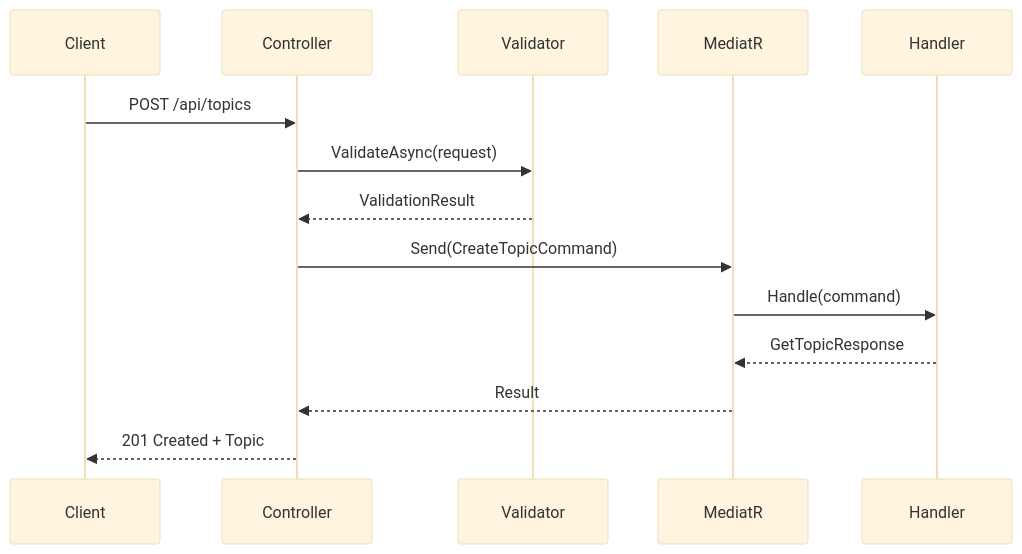
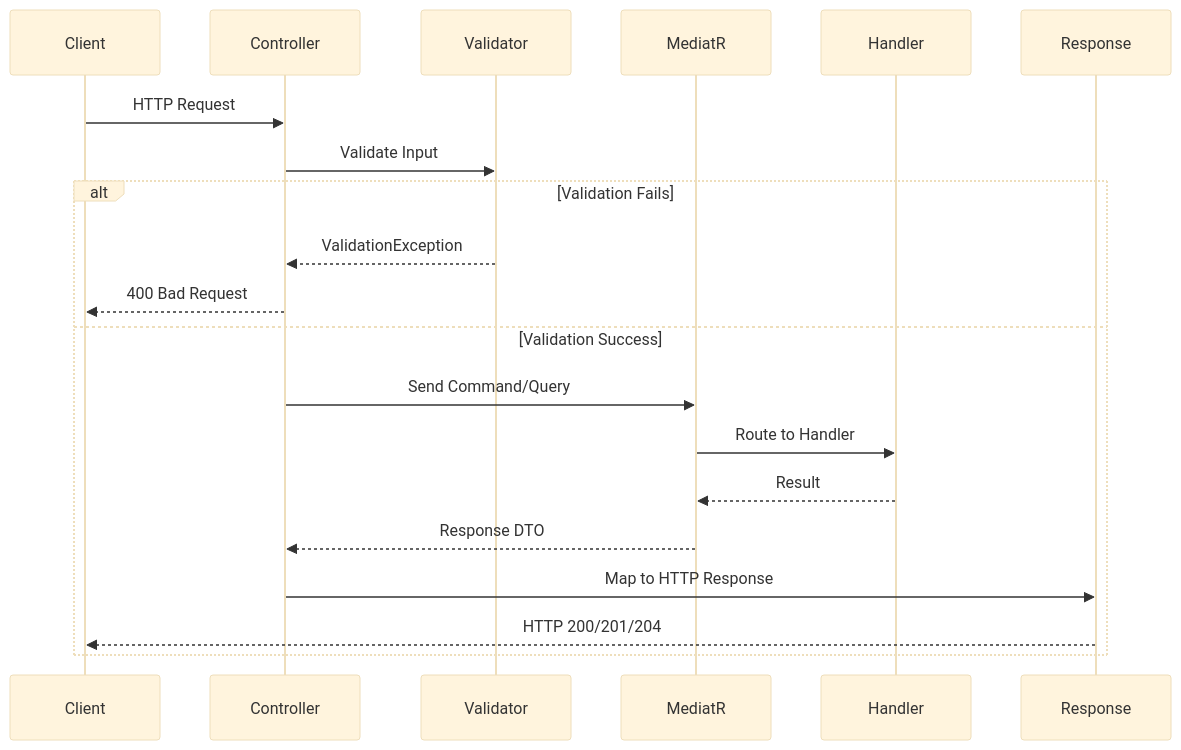
One commit to nirmand/Wisgenix-AI changed the second of 13 diagrams in docs/low-level-design.md. Above: the diagram before and after it, drawn with Mermaid (base theme). The commit also changed other lines of this file and 3 other files, not shown here.

````diff
--- a/docs/low-level-design.md
+++ b/docs/low-level-design.md
@@ -50,17 +44,23 @@
 ```mermaid
 sequenceDiagram
     participant Client
     participant Controller
     participant Validator
     participant MediatR
     participant Handler
+    participant Response
     
-    Client->>Controller: POST /api/topics
-    Controller->>Validator: ValidateAsync(request)
-    Validator-->>Controller: ValidationResult
-    Controller->>MediatR: Send(CreateTopicCommand)
-    MediatR->>Handler: Handle(command)
-    Handler-->>MediatR: GetTopicResponse
-    MediatR-->>Controller: Result
-    Controller-->>Client: 201 Created + Topic
+    Client->>Controller: HTTP Request
+    Controller->>Validator: Validate Input
+    alt Validation Fails
+        Validator-->>Controller: ValidationException
+        Controller-->>Client: 400 Bad Request
+    else Validation Success
+        Controller->>MediatR: Send Command/Query
+        MediatR->>Handler: Route to Handler
+        Handler-->>MediatR: Result
+        MediatR-->>Controller: Response DTO
+        Controller->>Response: Map to HTTP Response
+        Response-->>Client: HTTP 200/201/204
+    end
 ```
````
